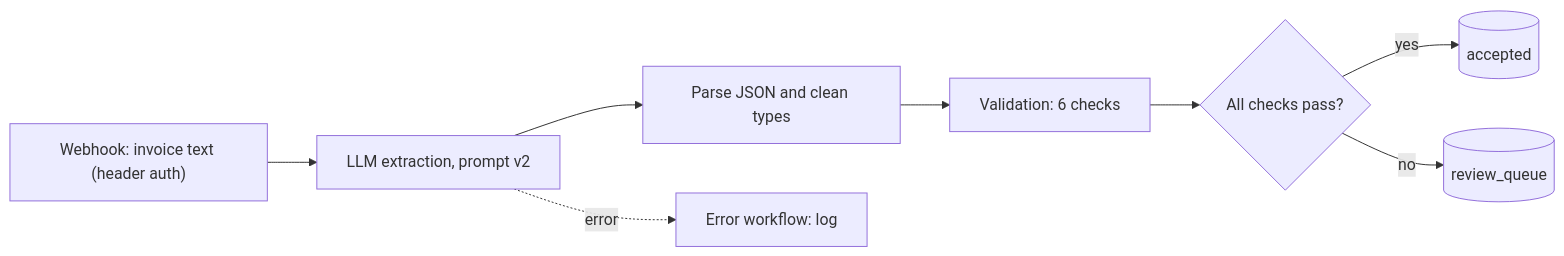
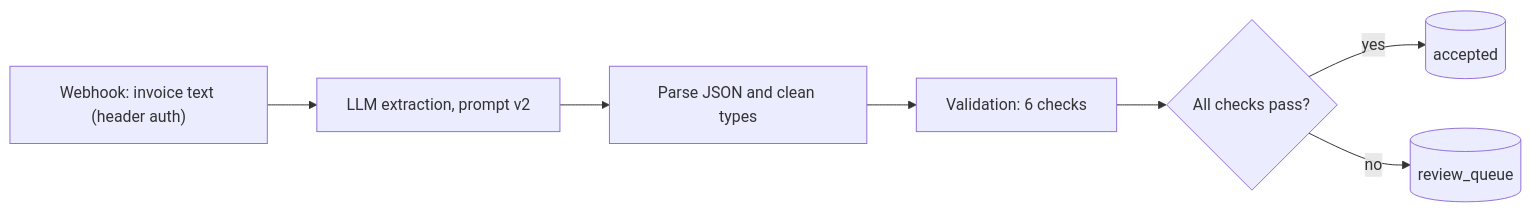
The diagram in projects/n8n-invoice-intake/README.md (filipdobrzykowski/ai-automation-portfolio), drawn with Mermaid before and after one commit. The commit also changed other lines of this file and 1 other file, not shown here.

Commit message:
Remove error workflow: firing was not verified

````diff
--- a/projects/n8n-invoice-intake/README.md
+++ b/projects/n8n-invoice-intake/README.md
@@ -14,10 +14,9 @@
 ```mermaid
 flowchart LR
   A["Webhook: invoice text (header auth)"] --> B["LLM extraction, prompt v2"]
   B --> C["Parse JSON and clean types"]
   C --> D["Validation: 6 checks"]
   D --> E{"All checks pass?"}
   E -- yes --> F[("accepted")]
   E -- no --> G[("review_queue")]
-  B -. error .-> H["Error workflow: log"]
 ```
````
